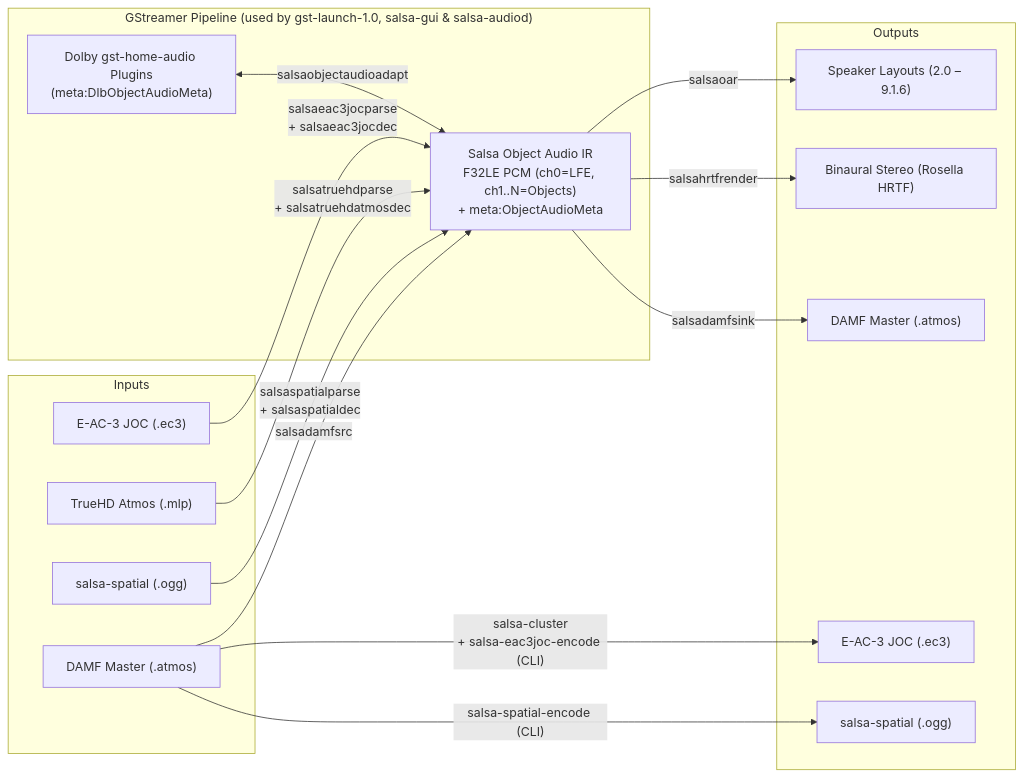
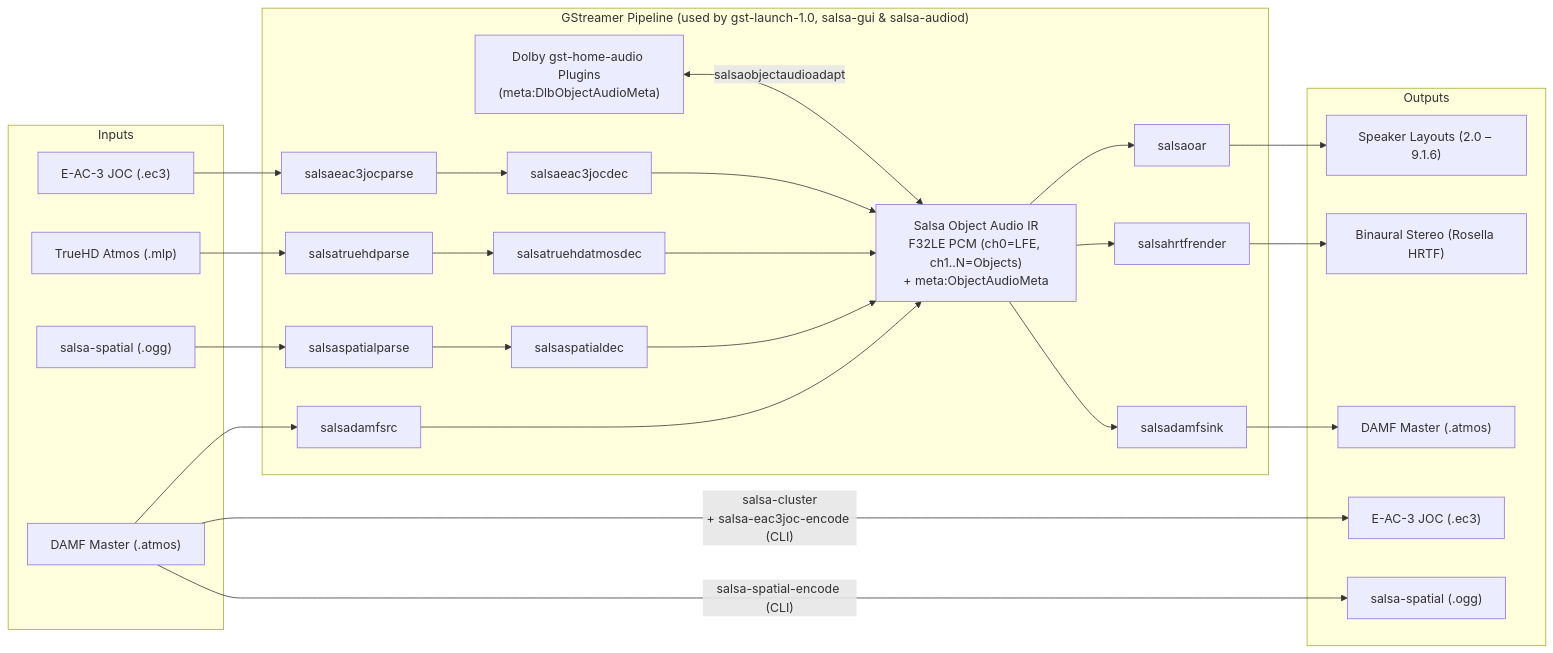
One commit to yuygfgg/salsa changed the diagram in README.md. Above: the diagram before and after it, drawn with Mermaid.

Commit message:
Fix flowchart

````diff
--- a/README.md
+++ b/README.md
@@ -86,34 +86,44 @@
 ```mermaid
 flowchart LR
     subgraph Inputs["Inputs"]
         EC3["E-AC-3 JOC (.ec3)"]
         THD["TrueHD Atmos (.mlp)"]
         SPATIAL["salsa-spatial (.ogg)"]
         DAMF_IN["DAMF Master (.atmos)"]
     end
 
     subgraph GST["GStreamer Pipeline (used by gst-launch-1.0, salsa-gui & salsa-audiod)"]
+        EAC3_PARSE["salsaeac3jocparse"]
+        EAC3_DEC["salsaeac3jocdec"]
+        THD_PARSE["salsatruehdparse"]
+        THD_DEC["salsatruehdatmosdec"]
+        SPATIAL_PARSE["salsaspatialparse"]
+        SPATIAL_DEC["salsaspatialdec"]
+        DAMF_SRC["salsadamfsrc"]
         OBJ["Salsa Object Audio IR\nF32LE PCM (ch0=LFE, ch1..N=Objects)\n+ meta:ObjectAudioMeta"]
         DLB["Dolby gst-home-audio Plugins\n(meta:DlbObjectAudioMeta)"]
+        OAR_PLUG["salsaoar"]
+        HRTF_PLUG["salsahrtfrender"]
+        DAMF_SINK["salsadamfsink"]
         DLB <-->|"salsaobjectaudioadapt"| OBJ
     end
 
     subgraph Outputs["Outputs"]
         OAR["Speaker Layouts (2.0 – 9.1.6)"]
         HRTF["Binaural Stereo (Rosella HRTF)"]
         DAMF_OUT["DAMF Master (.atmos)"]
         JOC_ENC["E-AC-3 JOC (.ec3)"]
         SPATIAL_ENC["salsa-spatial (.ogg)"]
     end
 
-    EC3 -->|"salsaeac3jocparse\n+ salsaeac3jocdec"| OBJ
-    THD -->|"salsatruehdparse\n+ salsatruehdatmosdec"| OBJ
-    SPATIAL -->|"salsaspatialparse\n+ salsaspatialdec"| OBJ
-    DAMF_IN -->|"salsadamfsrc"| OBJ
+    EC3 --> EAC3_PARSE --> EAC3_DEC --> OBJ
+    THD --> THD_PARSE --> THD_DEC --> OBJ
+    SPATIAL --> SPATIAL_PARSE --> SPATIAL_DEC --> OBJ
+    DAMF_IN --> DAMF_SRC --> OBJ
 
-    OBJ -->|"salsaoar"| OAR
-    OBJ -->|"salsahrtfrender"| HRTF
-    OBJ -->|"salsadamfsink"| DAMF_OUT
+    OBJ --> OAR_PLUG --> OAR
+    OBJ --> HRTF_PLUG --> HRTF
+    OBJ --> DAMF_SINK --> DAMF_OUT
     DAMF_IN -->|"salsa-cluster\n+ salsa-eac3joc-encode (CLI)"| JOC_ENC
     DAMF_IN -->|"salsa-spatial-encode (CLI)"| SPATIAL_ENC
 ```
````
